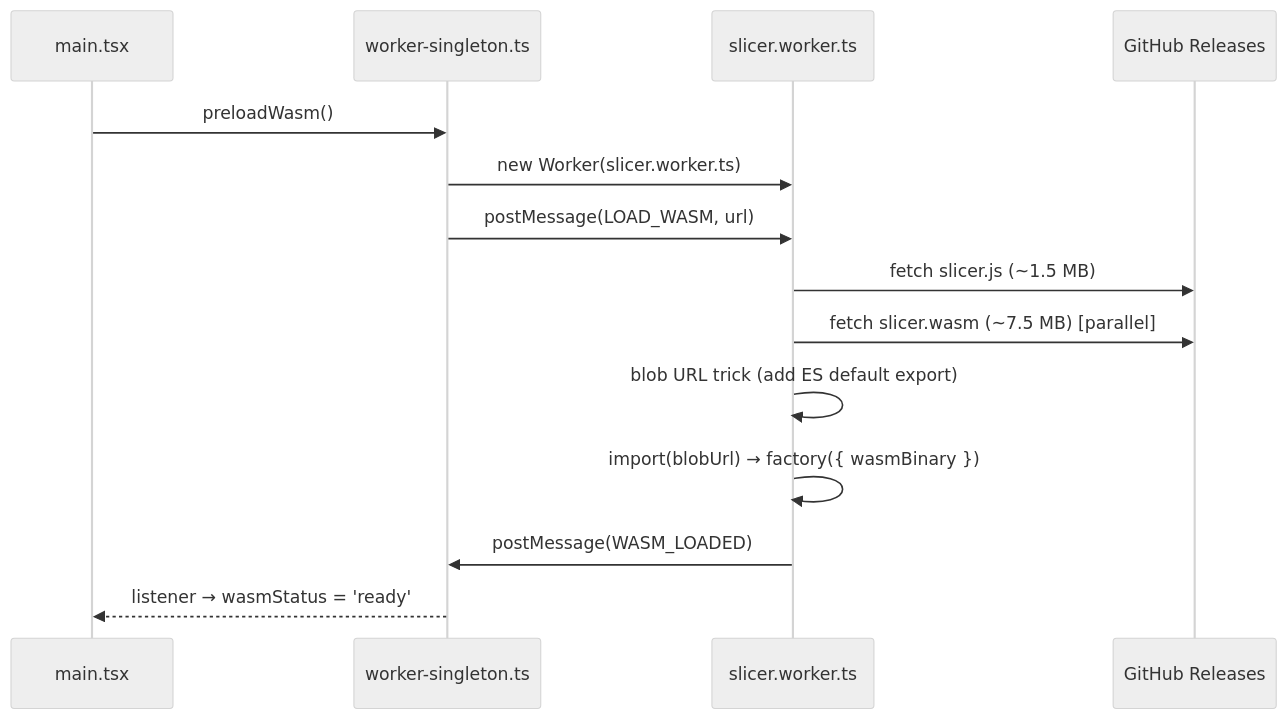
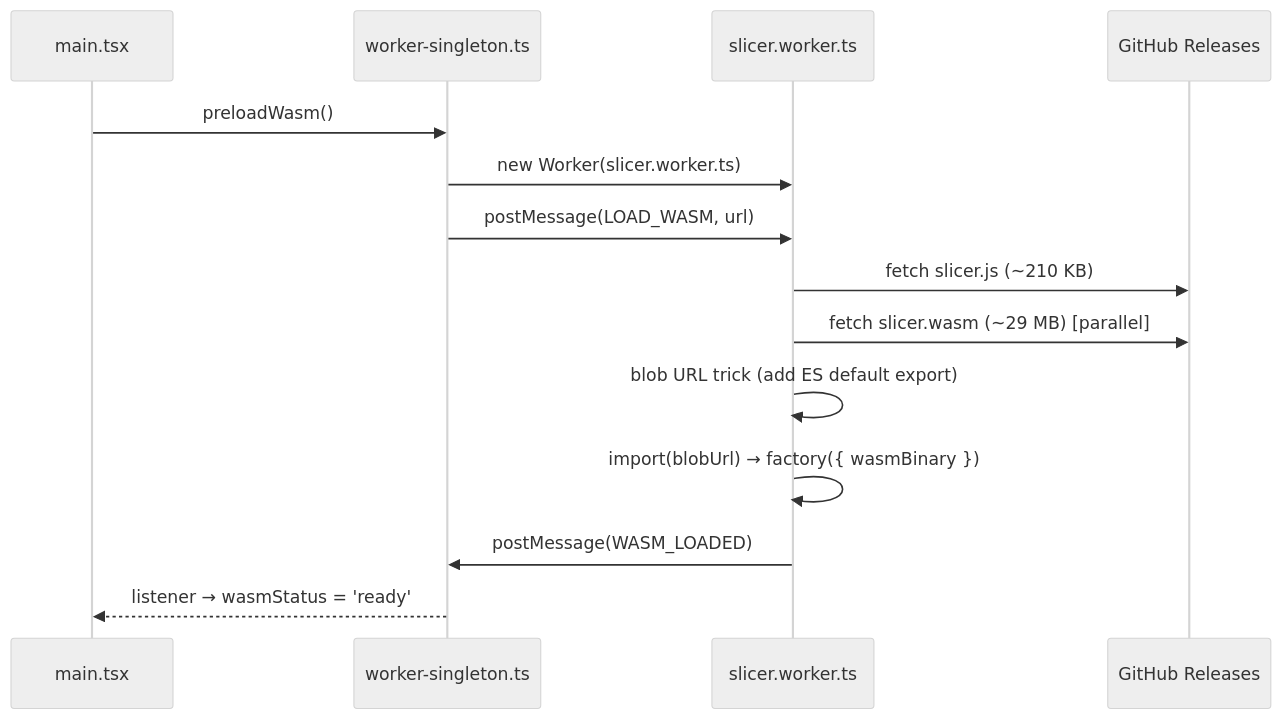
One commit to Hiosdra/OrcaWeb changed the diagram in mkdocs-docs/architecture.md. Above: the diagram before and after it, drawn with Mermaid (neutral theme). The commit also changed other lines of this file and 4 other files, not shown here.

````diff
--- a/mkdocs-docs/architecture.md
+++ b/mkdocs-docs/architecture.md
@@ -53,17 +53,17 @@
 ```mermaid
 sequenceDiagram
     participant M as main.tsx
     participant S as worker-singleton.ts
     participant W as slicer.worker.ts
     participant R as GitHub Releases
 
     M->>S: preloadWasm()
     S->>W: new Worker(slicer.worker.ts)
     S->>W: postMessage(LOAD_WASM, url)
-    W->>R: fetch slicer.js  (~1.5 MB)
-    W->>R: fetch slicer.wasm (~7.5 MB) [parallel]
+    W->>R: fetch slicer.js  (~210 KB)
+    W->>R: fetch slicer.wasm (~29 MB) [parallel]
     W->>W: blob URL trick (add ES default export)
     W->>W: import(blobUrl) → factory({ wasmBinary })
     W->>S: postMessage(WASM_LOADED)
     S-->>M: listener → wasmStatus = 'ready'
 ```
````
